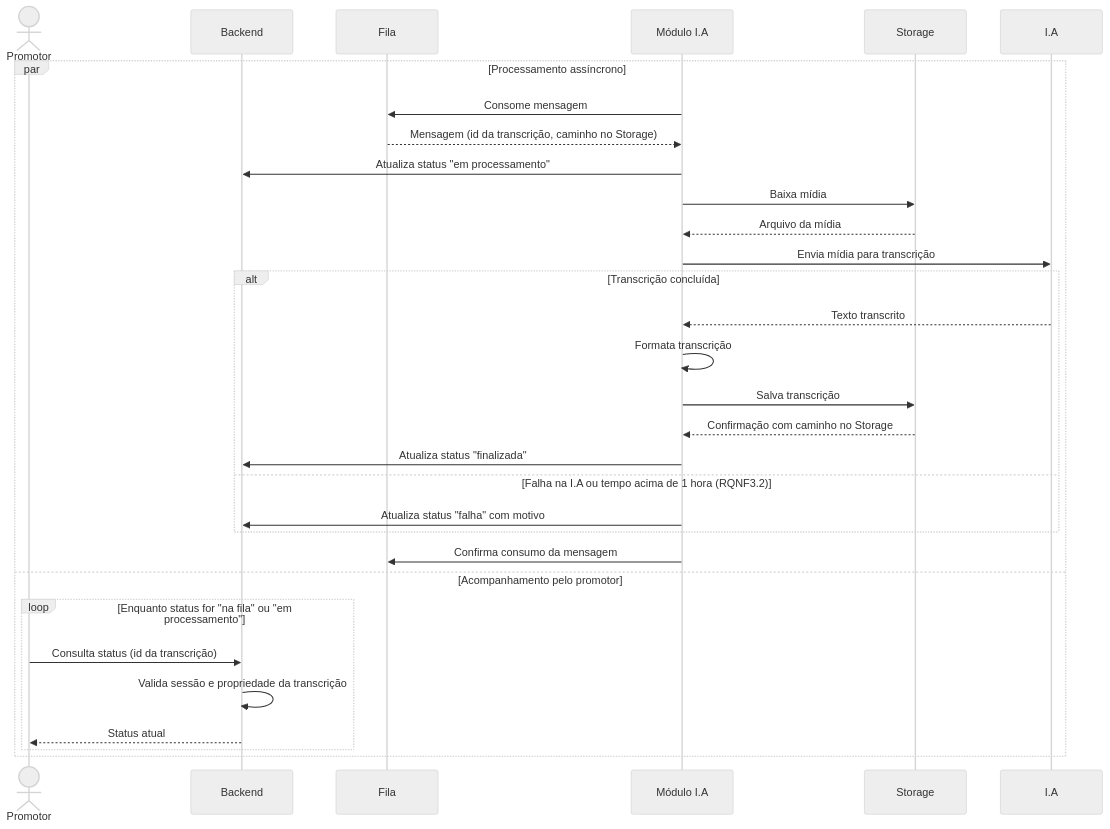
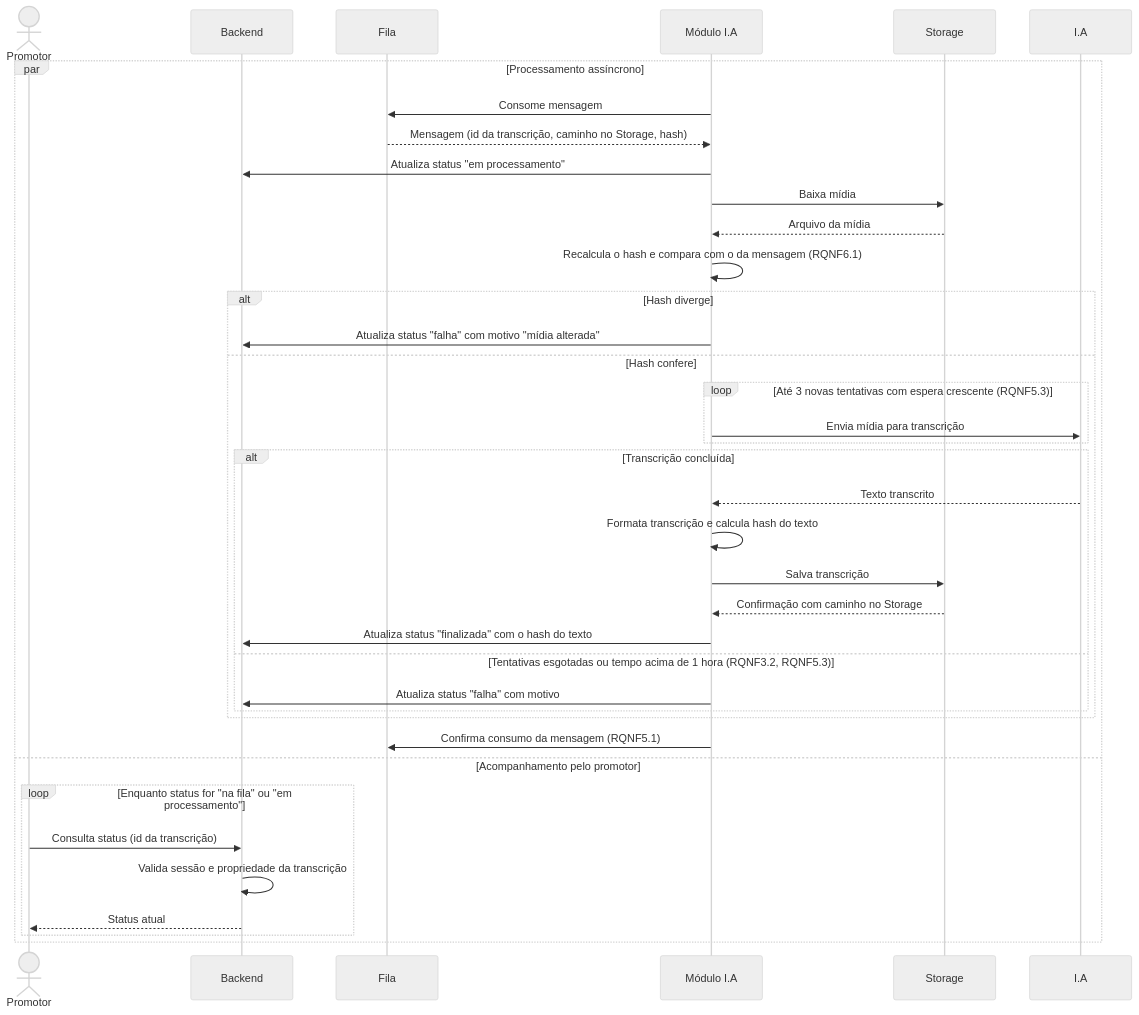
The diagram in requisitos funcionais/RQF4-acompanhamento-do-status-da-transcricao.md (AlexandreH13/EsofSeguro-PGC308F-Grupo1), drawn with Mermaid (neutral theme) before and after one commit. The commit also changed 6 other files, not shown here.

First line of the commit message:
Reflete hash e tentativas nos diagramas de RQF3, RQF4 e RQF6

````diff
--- a/requisitos funcionais/RQF4-acompanhamento-do-status-da-transcricao.md
+++ b/requisitos funcionais/RQF4-acompanhamento-do-status-da-transcricao.md
@@ -18,33 +18,40 @@
 ```mermaid
 sequenceDiagram
     actor P as Promotor
     participant B as Backend
     participant F as Fila
     participant M as Módulo I.A
     participant S as Storage
     participant IA as I.A
     par Processamento assíncrono
         M->>F: Consome mensagem
-        F-->>M: Mensagem (id da transcrição, caminho no Storage)
+        F-->>M: Mensagem (id da transcrição, caminho no Storage, hash)
         M->>B: Atualiza status "em processamento"
         M->>S: Baixa mídia
         S-->>M: Arquivo da mídia
-        M->>IA: Envia mídia para transcrição
-        alt Transcrição concluída
-            IA-->>M: Texto transcrito
-            M->>M: Formata transcrição
-            M->>S: Salva transcrição
-            S-->>M: Confirmação com caminho no Storage
-            M->>B: Atualiza status "finalizada"
-        else Falha na I.A ou tempo acima de 1 hora (RQNF3.2)
-            M->>B: Atualiza status "falha" com motivo
+        M->>M: Recalcula o hash e compara com o da mensagem (RQNF6.1)
+        alt Hash diverge
+            M->>B: Atualiza status "falha" com motivo "mídia alterada"
+        else Hash confere
+            loop Até 3 novas tentativas com espera crescente (RQNF5.3)
+                M->>IA: Envia mídia para transcrição
+            end
+            alt Transcrição concluída
+                IA-->>M: Texto transcrito
+                M->>M: Formata transcrição e calcula hash do texto
+                M->>S: Salva transcrição
+                S-->>M: Confirmação com caminho no Storage
+                M->>B: Atualiza status "finalizada" com o hash do texto
+            else Tentativas esgotadas ou tempo acima de 1 hora (RQNF3.2, RQNF5.3)
+                M->>B: Atualiza status "falha" com motivo
+            end
         end
-        M->>F: Confirma consumo da mensagem
+        M->>F: Confirma consumo da mensagem (RQNF5.1)
     and Acompanhamento pelo promotor
         loop Enquanto status for "na fila" ou "em processamento"
             P->>B: Consulta status (id da transcrição)
             B->>B: Valida sessão e propriedade da transcrição
             B-->>P: Status atual
         end
     end
 ```
````
